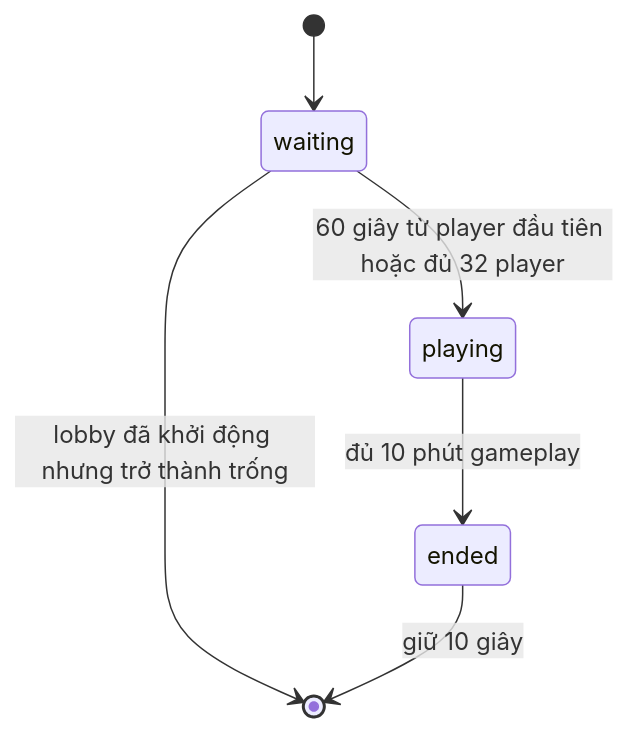
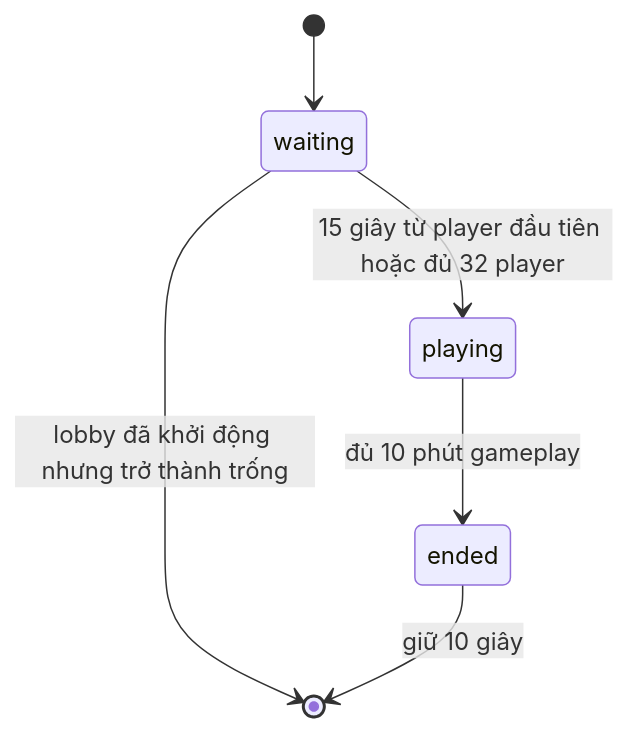
One commit to Zeal-Games-Studio-Development/squad-survival-server changed the second of 2 diagrams in docs/architecture.md. Above: the diagram before and after it, drawn with Mermaid. The commit also changed other lines of this file and 14 other files, not shown here.

````diff
--- a/docs/architecture.md
+++ b/docs/architecture.md
@@ -65,8 +67,8 @@
 ```mermaid
 stateDiagram-v2
     [*] --> waiting
-    waiting --> playing: 60 giây từ player đầu tiên hoặc đủ 32 player
+    waiting --> playing: 15 giây từ player đầu tiên hoặc đủ 32 player
     waiting --> [*]: lobby đã khởi động nhưng trở thành trống
     playing --> ended: đủ 10 phút gameplay
     ended --> [*]: giữ 10 giây
 ```
````
